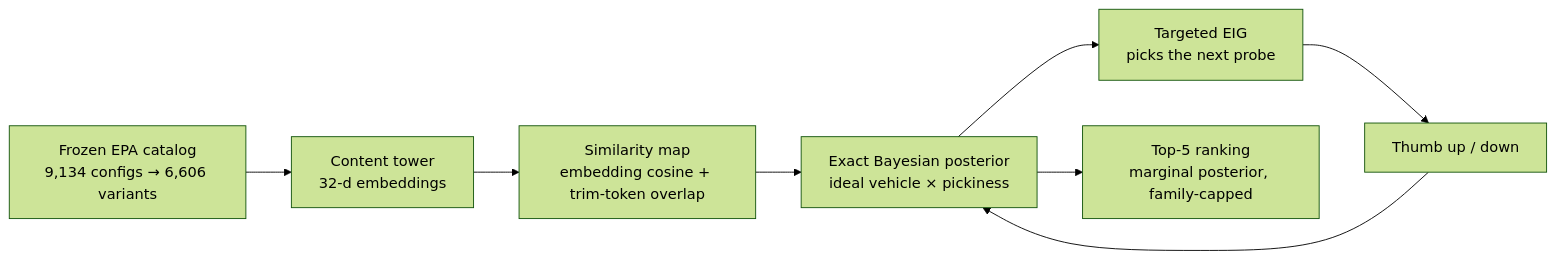
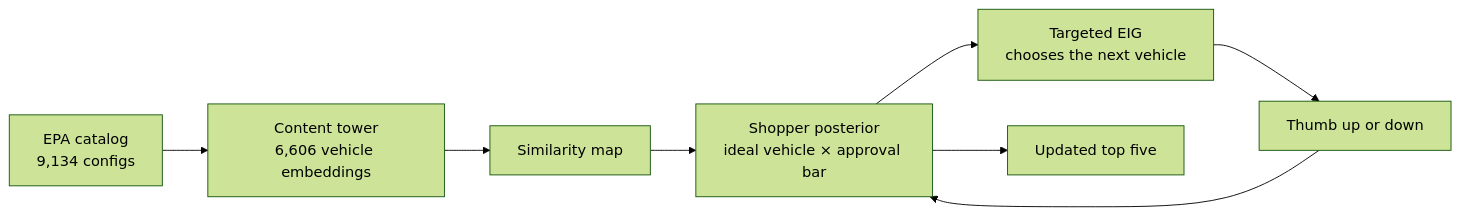
The diagram in README.md (DerekAlanGilbert/recommendation-engine), drawn with Mermaid (forest theme) before and after one commit. The commit also changed other lines of this file, not shown here.

````diff
--- a/README.md
+++ b/README.md
@@ -45,10 +47,10 @@
 ```mermaid
 flowchart LR
-    A["Frozen EPA catalog<br>9,134 configs → 6,606 variants"] --> B["Content tower<br>32-d embeddings"]
-    B --> C["Similarity map<br>embedding cosine + trim-token overlap"]
-    C --> D["Exact Bayesian posterior<br>ideal vehicle × pickiness"]
-    D --> E["Targeted EIG<br>picks the next probe"]
-    E --> F["Thumb up / down"]
+    A["EPA catalog<br>9,134 configs"] --> B["Content tower<br>6,606 vehicle embeddings"]
+    B --> C["Similarity map"]
+    C --> D["Shopper posterior<br>ideal vehicle × approval bar"]
+    D --> E["Targeted EIG<br>chooses the next vehicle"]
+    E --> F["Thumb up or down"]
     F --> D
-    D --> G["Top-5 ranking<br>marginal posterior, family-capped"]
+    D --> G["Updated top five"]
 ```
````
